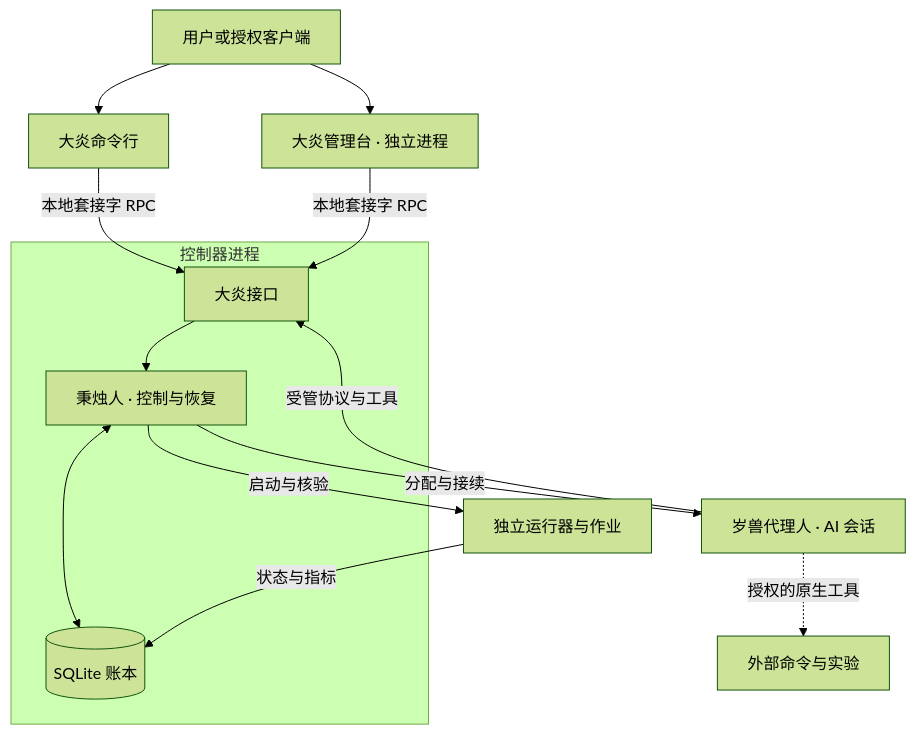
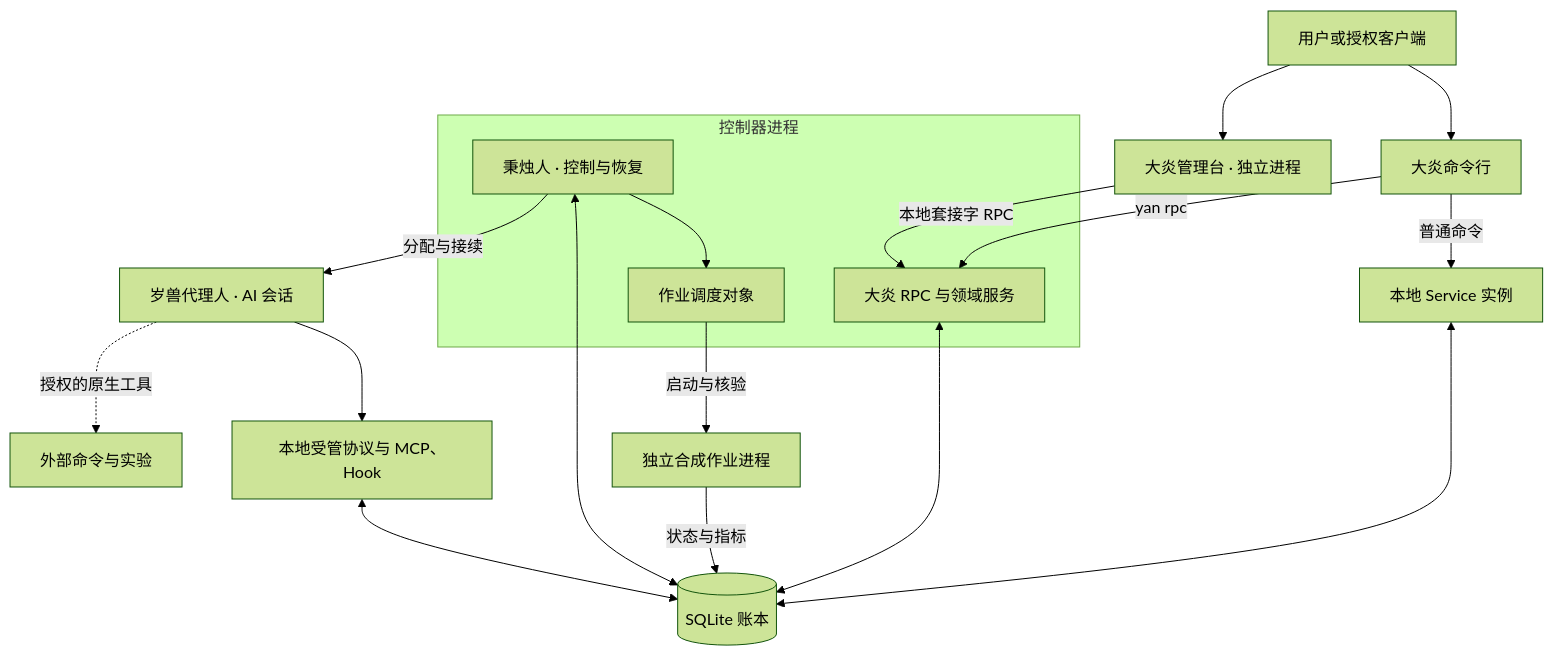
The diagram in README.zh-CN.md (RabbitEG/sui_regulator), drawn with Mermaid (forest theme) before and after one commit. The commit also changed other lines of this file and 2 other files, not shown here.

Commit message:
Correct architecture paths and ignore local private files

````diff
--- a/README.zh-CN.md
+++ b/README.zh-CN.md
@@ -33,16 +33,22 @@
 ```mermaid
 flowchart TD
     User[用户或授权客户端] --> CLI[大炎命令行]
     User --> Web[大炎管理台 · 独立进程]
-    CLI -->|本地套接字 RPC| API
+    CLI -->|普通命令| Local[本地 Service 实例]
+    CLI -->|yan rpc| API
     Web -->|本地套接字 RPC| API
     subgraph Control[控制器进程]
-        API[大炎接口] --> C[秉烛人 · 控制与恢复]
-        C <--> DB[(SQLite 账本)]
+        API[大炎 RPC 与领域服务]
+        C[秉烛人 · 控制与恢复]
+        C --> Runner[作业调度对象]
     end
+    Local <--> DB[(SQLite 账本)]
+    API <--> DB
+    C <--> DB
     C -->|分配与接续| Proxy[岁兽代理人 · AI 会话]
-    Proxy -->|受管协议与工具| API
-    C -->|启动与核验| Job[独立运行器与作业]
+    Proxy --> Protocol[本地受管协议与 MCP、Hook]
+    Protocol <--> DB
+    Runner -->|启动与核验| Job[独立合成作业进程]
     Job -->|状态与指标| DB
     Proxy -.->|授权的原生工具| External[外部命令与实验]
 ```
````
